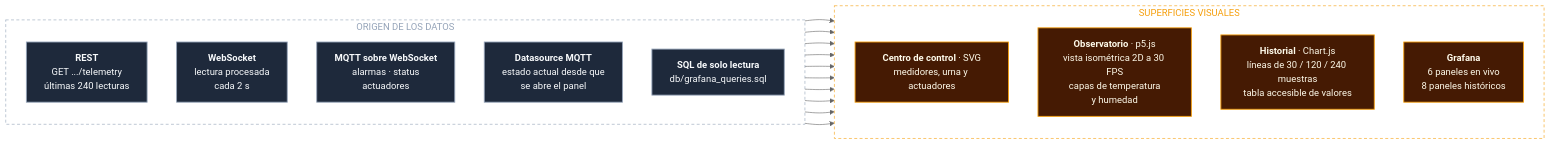
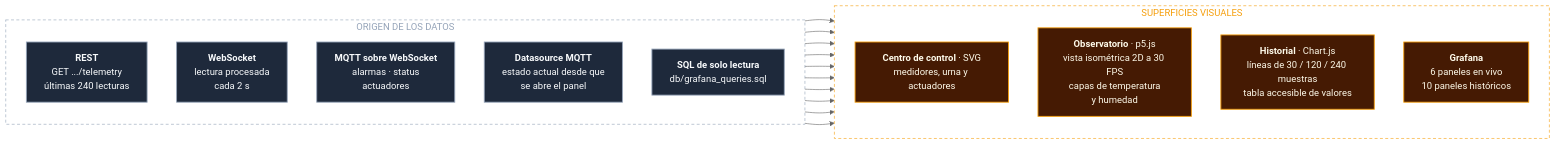
The sixth of 7 diagrams in Proyecto_1_SmartEgg/README.md (ricardious/AYC2_G3), drawn with Mermaid (neutral theme) before and after one commit. The commit also changed other lines of this file, not shown here.

````diff
--- a/Proyecto_1_SmartEgg/README.md
+++ b/Proyecto_1_SmartEgg/README.md
@@ -350,39 +357,39 @@
 ```mermaid
 flowchart LR
     subgraph ORIGEN["ORIGEN DE LOS DATOS"]
         direction TB
         REST["<b>REST</b><br/>GET .../telemetry<br/>últimas 240 lecturas"]
         WSK["<b>WebSocket</b><br/>lectura procesada<br/>cada 2 s"]
         MQW["<b>MQTT sobre WebSocket</b><br/>alarmas · status<br/>actuadores"]
         MQT["<b>Datasource MQTT</b><br/>estado actual desde que<br/>se abre el panel"]
         SQL["<b>SQL de solo lectura</b><br/>db/grafana_queries.sql"]
     end
 
     subgraph VISTAS["SUPERFICIES VISUALES"]
         direction TB
         CTRL["<b>Centro de control</b> · SVG<br/>medidores, urna y actuadores"]
         OBS["<b>Observatorio</b> · p5.js<br/>vista isométrica 2D a 30 FPS<br/>capas de temperatura<br/>y humedad"]
         HIS["<b>Historial</b> · Chart.js<br/>líneas de 30 / 120 / 240 muestras<br/>tabla accesible de valores"]
-        GFR["<b>Grafana</b><br/>6 paneles en vivo<br/>8 paneles históricos"]
+        GFR["<b>Grafana</b><br/>6 paneles en vivo<br/>10 paneles históricos"]
     end
 
     REST --> HIS
     REST --> OBS
     REST --> CTRL
     WSK --> CTRL
     WSK --> OBS
     WSK --> HIS
     MQW --> CTRL
     MQW --> OBS
     MQT --> GFR
     SQL --> GFR
 
     classDef origen fill:#1e293b,stroke:#94a3b8,color:#f8fafc,stroke-width:1.5px
     classDef vista fill:#451a03,stroke:#f59e0b,color:#fffbeb,stroke-width:1.5px
 
     class REST,WSK,MQW,MQT,SQL origen
     class CTRL,OBS,HIS,GFR vista
 
     style ORIGEN fill:none,stroke:#94a3b8,stroke-dasharray:5 4,color:#94a3b8
     style VISTAS fill:none,stroke:#f59e0b,stroke-dasharray:5 4,color:#f59e0b
 ```
````
